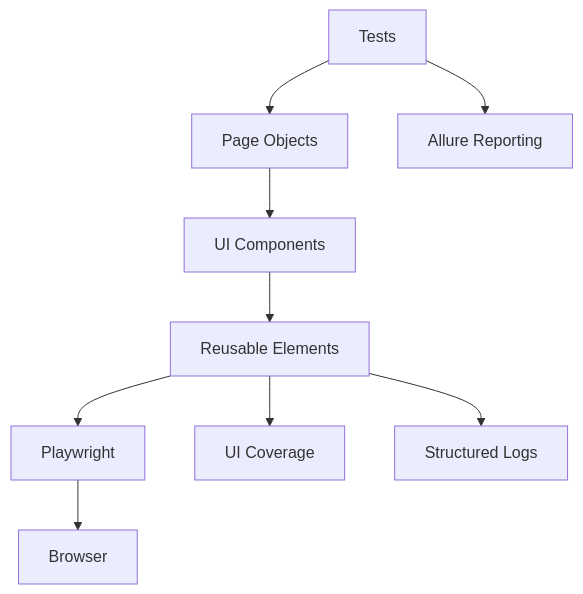
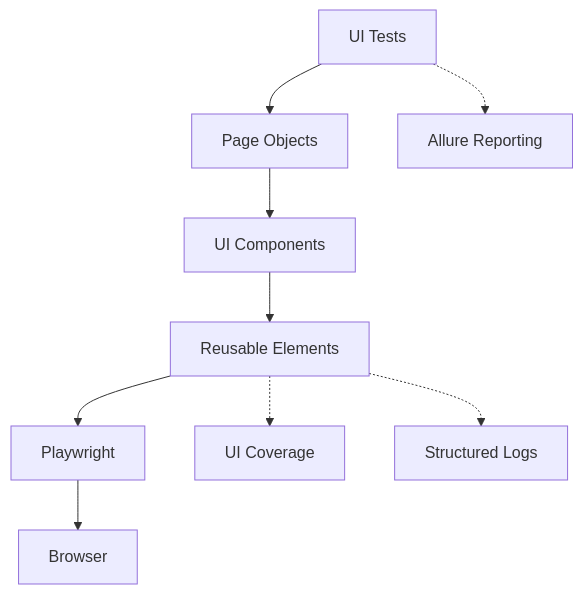
The diagram in README.md (Barbaron86/autotest-ui), drawn with Mermaid before and after one commit. The commit also changed other lines of this file and 1 other file, not shown here.

````diff
--- a/README.md
+++ b/README.md
@@ -58,17 +103,12 @@
 ```mermaid
 flowchart TD
-    Tests[Tests]
-    Pages[Page Objects]
-    Components[UI Components]
-    Elements[Reusable Elements]
-    Playwright[Playwright]
-    Browser[Browser]
-    Tests --> Pages
-    Pages --> Components
-    Components --> Elements
-    Elements --> Playwright
-    Playwright --> Browser
-    Elements --> Coverage[UI Coverage]
-    Tests --> Allure[Allure Reporting]
-    Elements --> Logs[Structured Logs]
+    Tests[UI Tests] --> Pages[Page Objects]
+    Pages --> Components[UI Components]
+    Components --> Elements[Reusable Elements]
+    Elements --> Playwright[Playwright]
+    Playwright --> Browser[Browser]
+
+    Elements -.-> Coverage[UI Coverage]
+    Tests -.-> Allure[Allure Reporting]
+    Elements -.-> Logs[Structured Logs]
 ```
````
